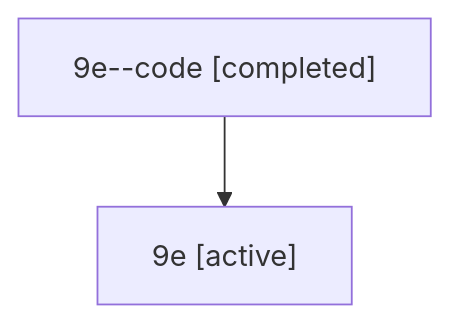
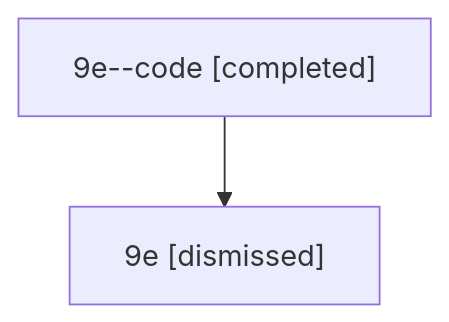
One commit to sase-org/sase--agents changed the diagram in sessions/bbugyi200.athena.9e.md. Above: the diagram before and after it, drawn with Mermaid. The commit also changed other lines of this file and 40 other files, not shown here.

````diff
--- a/sessions/bbugyi200.athena.9e.md
+++ b/sessions/bbugyi200.athena.9e.md
@@ -9,6 +9,6 @@
 ```mermaid
 flowchart TD
   n0["9e--code [completed]"]
-  n1["9e [active]"]
+  n1["9e [dismissed]"]
   n0 --> n1
 ```
````
